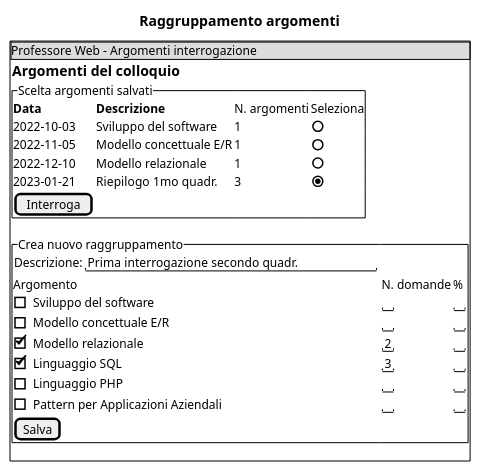
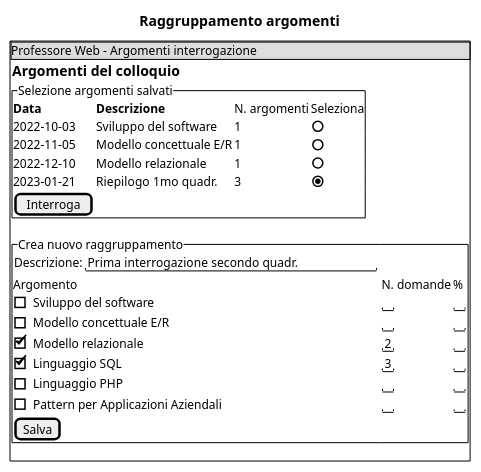
Before and after one commit to gionatamassibenincasa/materiale-didattico-per-argomento: the tenth of 15 diagrams in analisi-e-progettazione-software/problemi/prove_orali/prove_orali.md, drawn with PlantUML. The commit also changed other lines of this file and 9 other files, not shown here.

Commit message:
Aggiornati diagrammi

````diff
--- a/analisi-e-progettazione-software/problemi/prove_orali/prove_orali.md
+++ b/analisi-e-progettazione-software/problemi/prove_orali/prove_orali.md
@@ -144,32 +333,30 @@
-```plantuml
 @startsalt
 title Raggruppamento argomenti
 {+
 {* Professore Web - Argomenti interrogazione}
 {
 == Argomenti del colloquio
-{^"Scelta argomenti salvati"
+{^"Selezione argomenti salvati"
 
     <b>Data | <b>Descrizione | N. argomenti | Seleziona
     2022-10-03 | Sviluppo del software   | 1 | ()
     2022-11-05 | Modello concettuale E/R | 1 | ()
     2022-12-10 | Modello relazionale     | 1 | ()
     2023-01-21 | Riepilogo 1mo quadr.    | 3 | (X)
 
     [Interroga]
 }
 {^"Crea nuovo raggruppamento"
   { Descrizione: | "Prima interrogazione secondo quadr. " }
   Argomento | N. domande | %
   [] Sviluppo del software   | " " | " "
   [] Modello concettuale E/R | " " | " "
   [X] Modello relazionale    | "2" | " "
   [X] Linguaggio SQL         | "3" | " "
   [] Linguaggio PHP | " " | " "
   [] Pattern per Applicazioni Aziendali | " " | " "
 [Salva]
 }
 }
 }
 @endsalt
-```
````
